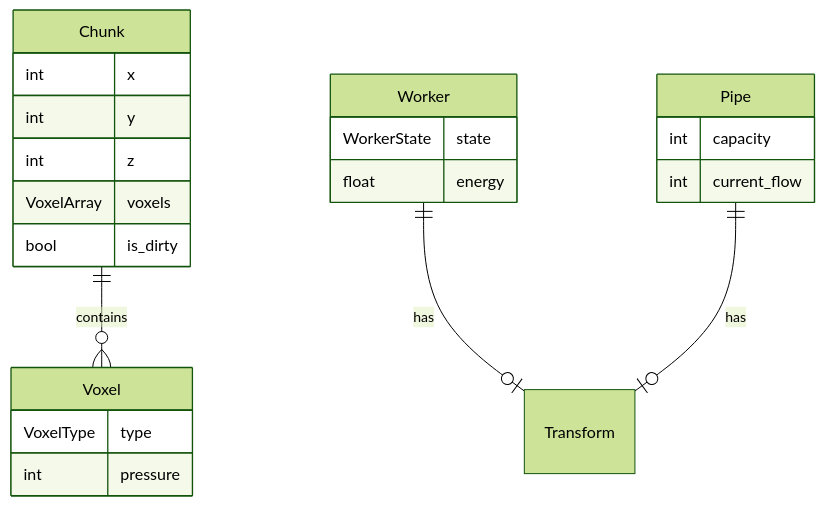
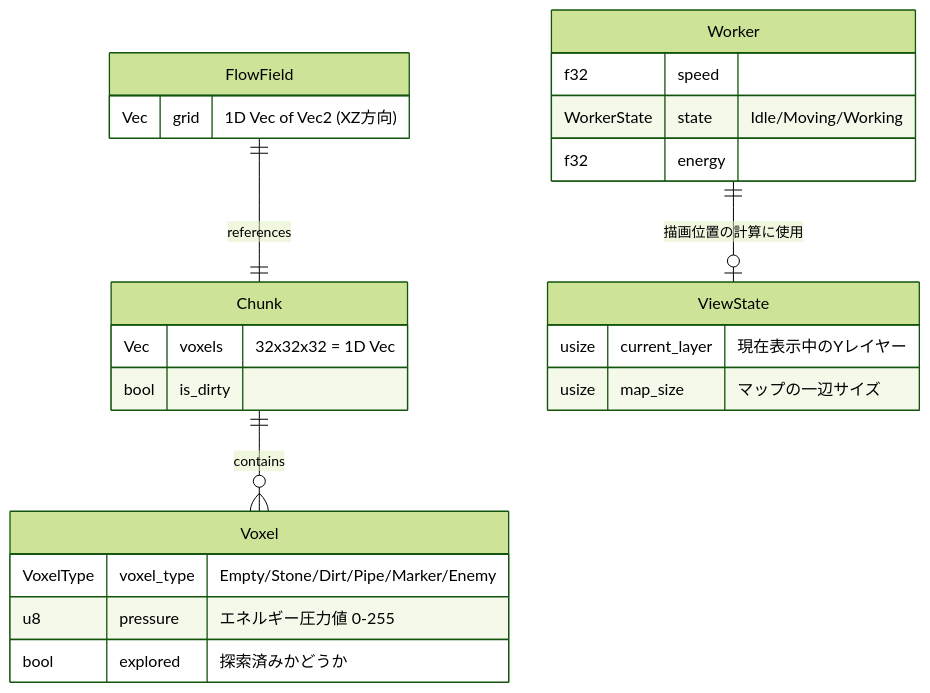
The first of 2 diagrams in docs/detailed_design.md (moden3/voxel-mesh-defense), drawn with Mermaid (forest theme) before and after one commit. The commit also changed other lines of this file and 18 other files, not shown here.

Commit message:
Migrate from Bevy to macroquad: 2D slice view WASM-only architecture

````diff
--- a/docs/detailed_design.md
+++ b/docs/detailed_design.md
@@ -4,25 +5,28 @@
 ```mermaid
 erDiagram
-    Chunk ||--o{ Voxel : contains
     Chunk {
-        int x
-        int y
-        int z
-        VoxelArray voxels
+        Vec voxels "32x32x32 = 1D Vec"
         bool is_dirty
     }
     Voxel {
-        VoxelType type
-        int pressure
+        VoxelType voxel_type "Empty/Stone/Dirt/Pipe/Marker/Enemy"
+        u8 pressure "エネルギー圧力値 0-255"
+        bool explored "探索済みかどうか"
     }
-    Worker ||--o| Transform : has
     Worker {
-        WorkerState state
-        float energy
+        f32 speed
+        WorkerState state "Idle/Moving/Working"
+        f32 energy
     }
-    Pipe ||--o| Transform : has
-    Pipe {
-        int capacity
-        int current_flow
+    FlowField {
+        Vec grid "1D Vec of Vec2 (XZ方向)"
     }
+    ViewState {
+        usize current_layer "現在表示中のYレイヤー"
+        usize map_size "マップの一辺サイズ"
+    }
+
+    Chunk ||--o{ Voxel : contains
+    FlowField ||--|| Chunk : references
+    Worker ||--o| ViewState : "描画位置の計算に使用"
 ```
````
